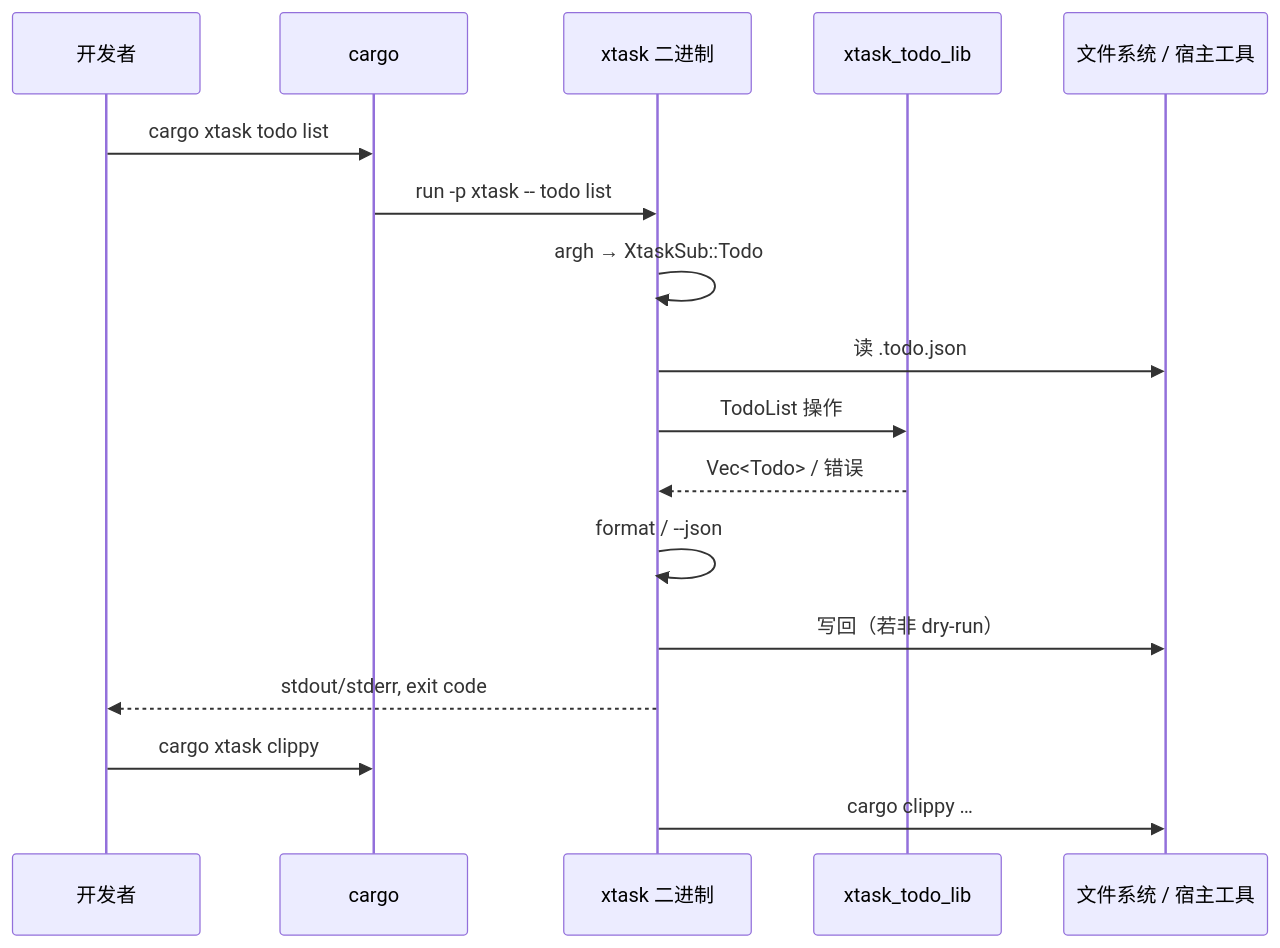
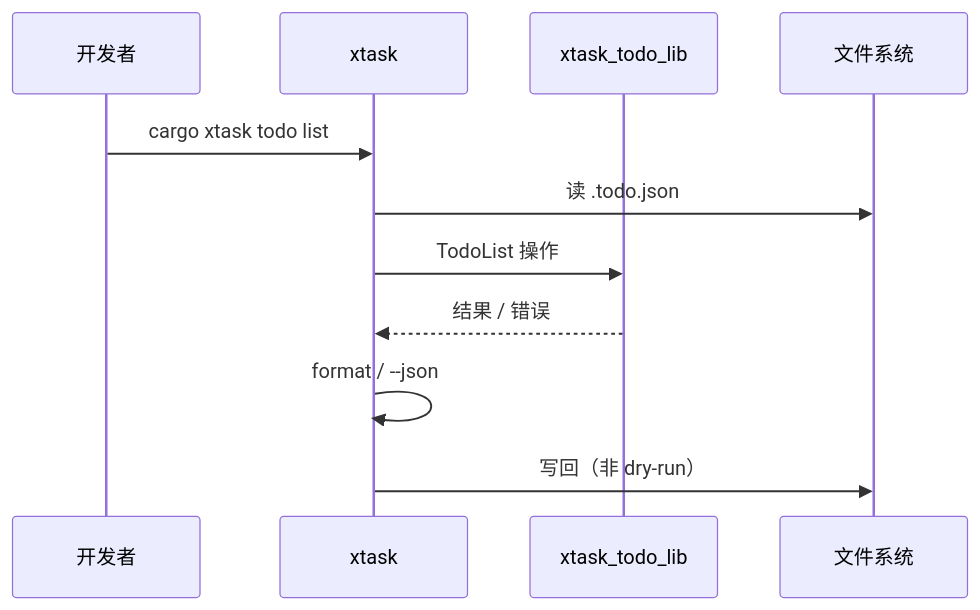
Before and after one commit to TangCan/xtask_todo: the second of 3 diagrams in docs/design.md, drawn with Mermaid. The commit also changed other lines of this file and 37 other files, not shown here.

````diff
--- a/docs/design.md
+++ b/docs/design.md
@@ -126,21 +123,14 @@
 ```mermaid
 sequenceDiagram
     participant Dev as 开发者
-    participant Cargo as cargo
-    participant Xtask as xtask 二进制
+    participant Xtask as xtask
     participant Lib as xtask_todo_lib
-    participant FS as 文件系统 / 宿主工具
+    participant FS as 文件系统
 
-    Dev->>Cargo: cargo xtask todo list
-    Cargo->>Xtask: run -p xtask -- todo list
-    Xtask->>Xtask: argh → XtaskSub::Todo
+    Dev->>Xtask: cargo xtask todo list
     Xtask->>FS: 读 .todo.json
     Xtask->>Lib: TodoList 操作
-    Lib-->>Xtask: Vec<Todo> / 错误
+    Lib-->>Xtask: 结果 / 错误
     Xtask->>Xtask: format / --json
-    Xtask->>FS: 写回（若非 dry-run）
-    Xtask-->>Dev: stdout/stderr, exit code
-
-    Dev->>Cargo: cargo xtask clippy
-    Xtask->>FS: cargo clippy …
+    Xtask->>FS: 写回（非 dry-run）
 ```
````
